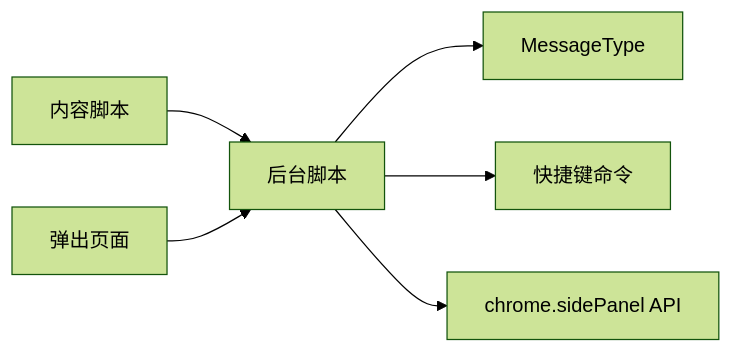
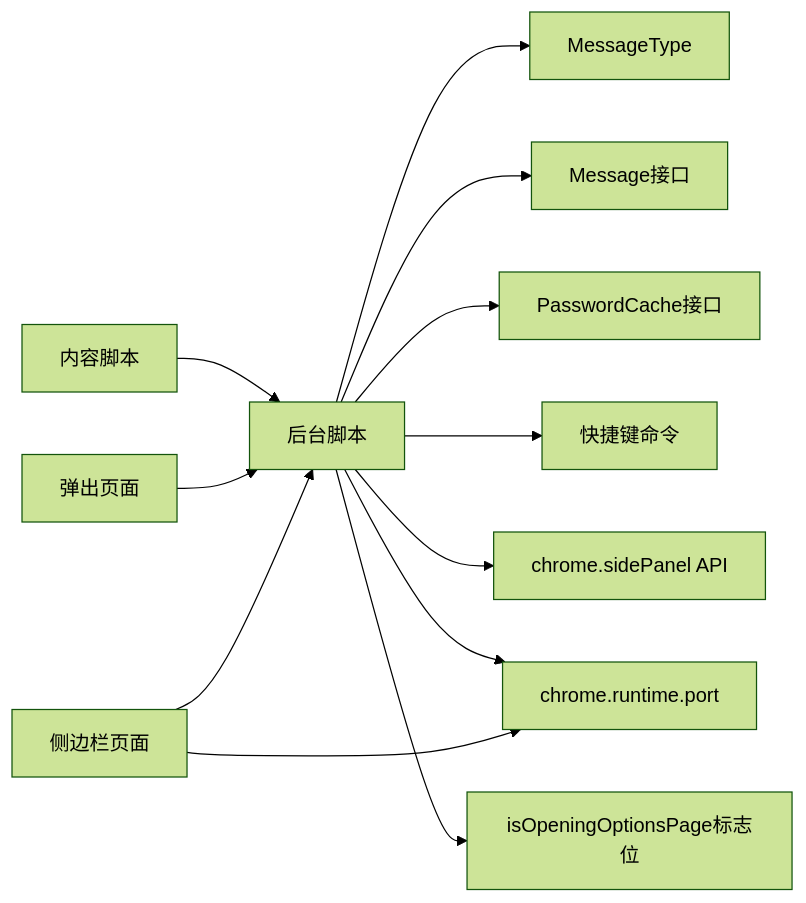
Before and after one commit to liaolongdong/account-password-helper: diagram 12 of 12 in .qoder/repowiki/zh/content/扩展入口点/Background Script.md, drawn with Mermaid (forest theme). The commit also changed other lines of this file and 23 other files, not shown here.

````diff
--- a/.qoder/repowiki/zh/content/扩展入口点/Background Script.md
+++ b/.qoder/repowiki/zh/content/扩展入口点/Background Script.md
@@ -272,8 +567,14 @@
 ```mermaid
 graph LR
 BG["后台脚本"] --> MT["MessageType"]
+BG --> MSG["Message接口"]
+BG --> PC["PasswordCache接口"]
 BG --> CMD["快捷键命令"]
 BG --> API["chrome.sidePanel API"]
+BG --> PORT["chrome.runtime.port"]
+BG --> FLAG["isOpeningOptionsPage标志位"]
 CS["内容脚本"] --> BG
 POP["弹出页面"] --> BG
+SP["侧边栏页面"] --> PORT
+SP --> BG
 ```
````
